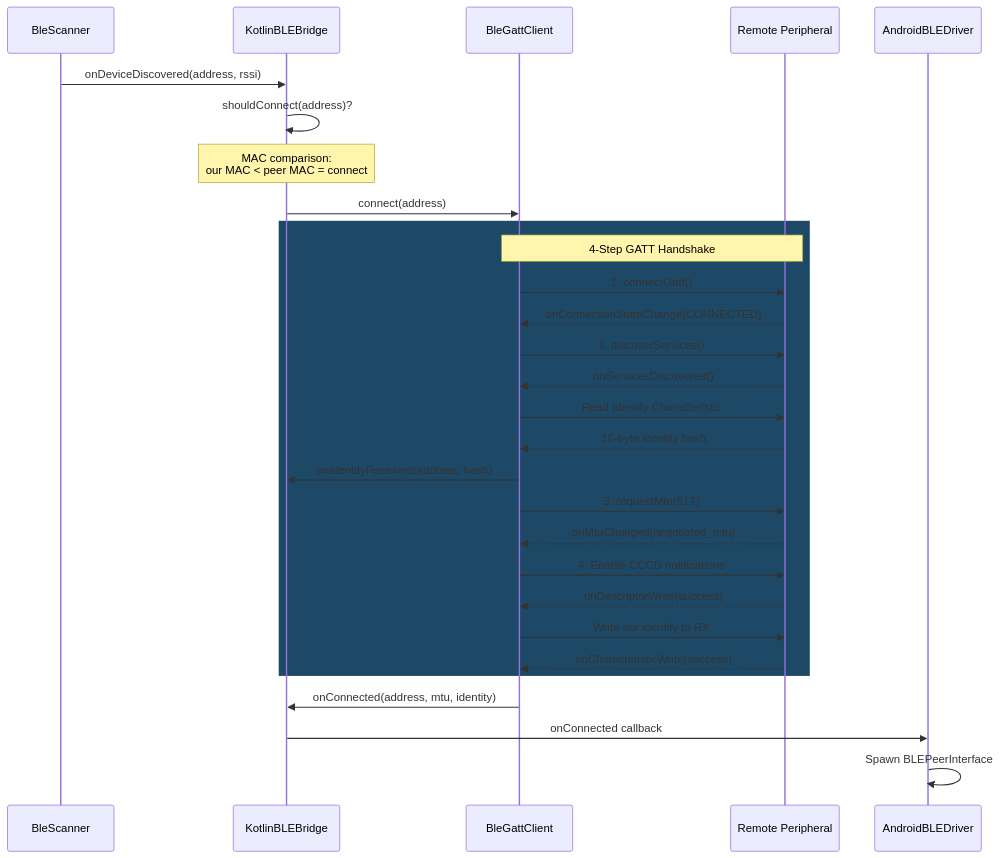
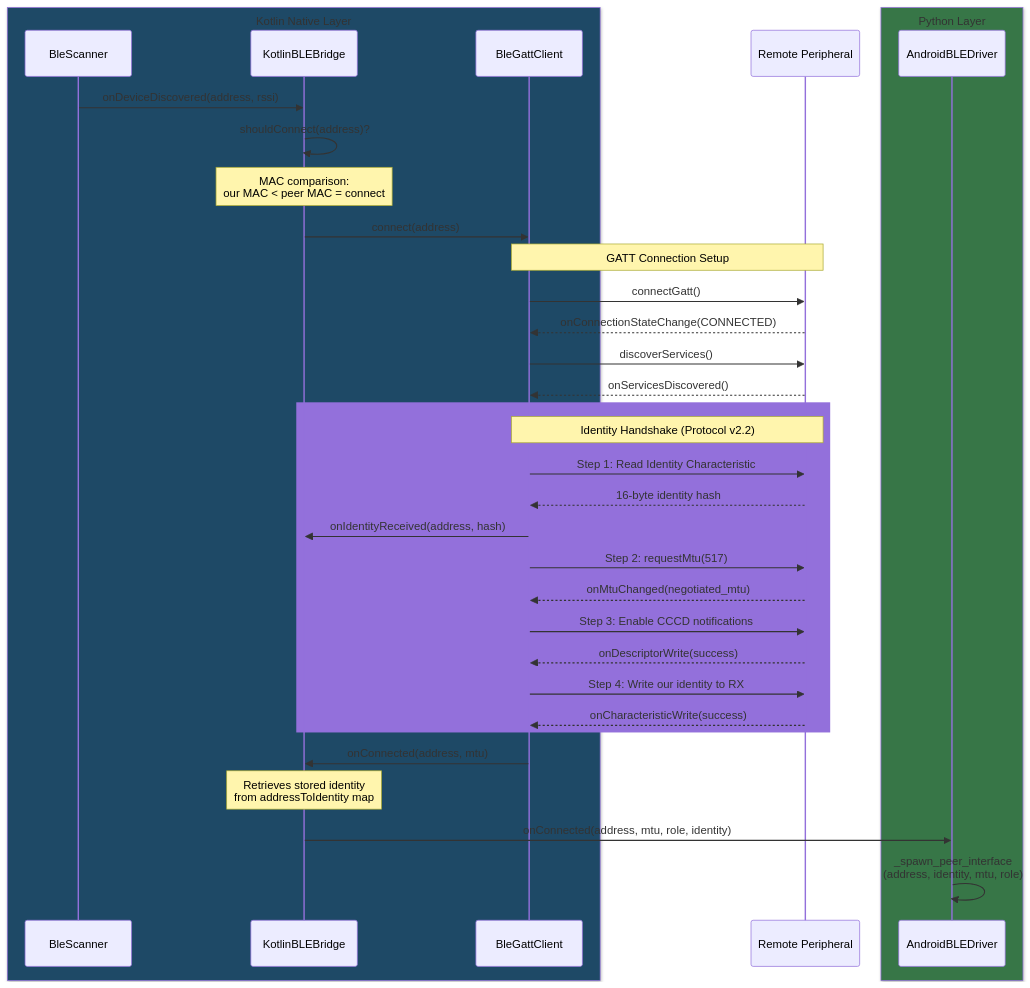
Before and after one commit to torlando-tech/columba: the third of 14 diagrams in docs/ble-architecture.md, drawn with Mermaid. The commit also changed other lines of this file, not shown here.

Commit message:
docs: improve Central Mode Connection Sequence accuracy
- Separate GATT setup from Identity Handshake (Protocol v2.2)
- Fix step numbering to match actual code (Steps 1-4)
- Fix onConnected callback signature (address, mtu only)
- Add note showing Bridge retrieves stored identity from map
- Add color-coded participant boxes (Kotlin blue, Python green)
- Change handshake highlight to light purple for contrast
- Show actual _spawn_peer_interface params

````diff
--- a/docs/ble-architecture.md
+++ b/docs/ble-architecture.md
@@ -122,38 +122,44 @@
 ```mermaid
 sequenceDiagram
+    box rgb(30, 73, 102) Kotlin Native Layer
     participant Scan as BleScanner
     participant Bridge as KotlinBLEBridge
     participant Client as BleGattClient
+    end
     participant Peer as Remote Peripheral
+    box rgb(55, 118, 71) Python Layer
     participant Python as AndroidBLEDriver
+    end
 
     Scan->>Bridge: onDeviceDiscovered(address, rssi)
     Bridge->>Bridge: shouldConnect(address)?
     Note over Bridge: MAC comparison:<br/>our MAC < peer MAC = connect
     Bridge->>Client: connect(address)
 
-    rect rgb(30, 73, 102)
-        Note over Client,Peer: 4-Step GATT Handshake
-        Client->>Peer: 1. connectGatt()
-        Peer-->>Client: onConnectionStateChange(CONNECTED)
-        Client->>Peer: 2. discoverServices()
-        Peer-->>Client: onServicesDiscovered()
+    Note over Client,Peer: GATT Connection Setup
+    Client->>Peer: connectGatt()
+    Peer-->>Client: onConnectionStateChange(CONNECTED)
+    Client->>Peer: discoverServices()
+    Peer-->>Client: onServicesDiscovered()
 
-        Client->>Peer: Read Identity Characteristic
+    rect rgb(147, 112, 219)
+        Note over Client,Peer: Identity Handshake (Protocol v2.2)
+        Client->>Peer: Step 1: Read Identity Characteristic
         Peer-->>Client: 16-byte identity hash
         Client->>Bridge: onIdentityReceived(address, hash)
 
-        Client->>Peer: 3. requestMtu(517)
+        Client->>Peer: Step 2: requestMtu(517)
         Peer-->>Client: onMtuChanged(negotiated_mtu)
 
-        Client->>Peer: 4. Enable CCCD notifications
+        Client->>Peer: Step 3: Enable CCCD notifications
         Peer-->>Client: onDescriptorWrite(success)
 
-        Client->>Peer: Write our identity to RX
+        Client->>Peer: Step 4: Write our identity to RX
         Peer-->>Client: onCharacteristicWrite(success)
     end
 
-    Client->>Bridge: onConnected(address, mtu, identity)
-    Bridge->>Python: onConnected callback
-    Python->>Python: Spawn BLEPeerInterface
+    Client->>Bridge: onConnected(address, mtu)
+    Note over Bridge: Retrieves stored identity<br/>from addressToIdentity map
+    Bridge->>Python: onConnected(address, mtu, role, identity)
+    Python->>Python: _spawn_peer_interface<br/>(address, identity, mtu, role)
 ```
````
